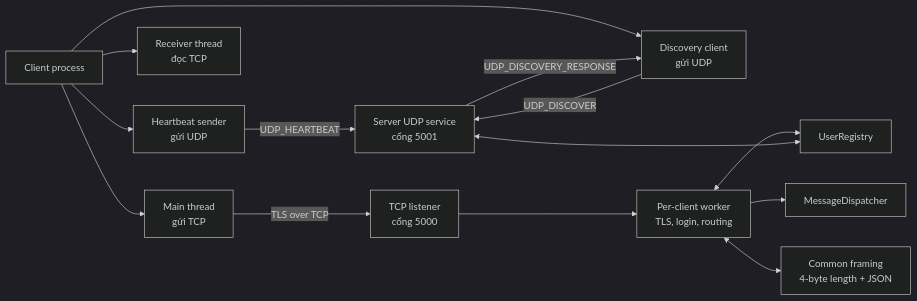
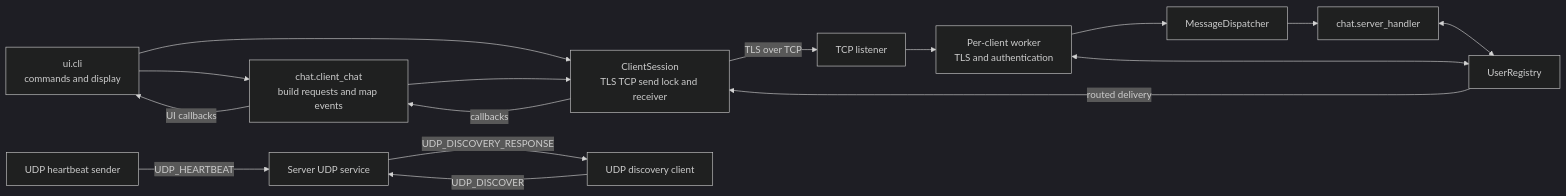
One commit to wiliamvux2102/Distributed-Client-Server-Collaboration-Application changed the first of 3 diagrams in docs/architecture.md. Above: the diagram before and after it, drawn with Mermaid (dark theme). The commit also changed other lines of this file and 4 other files, not shown here.

Commit message:
docs: document chat flow and smoke test

````diff
--- a/docs/architecture.md
+++ b/docs/architecture.md
@@ -21,29 +22,30 @@
 ```mermaid
 flowchart LR
-    C[Client process]
-    M[Main thread<br/>gửi TCP]
-    RCV[Receiver thread<br/>đọc TCP]
-    HB[Heartbeat sender<br/>gửi UDP]
-    DISC[Discovery client<br/>gửi UDP]
+    UI[ui.cli<br/>commands and display]
+    CHATC[chat.client_chat<br/>build requests and map events]
+    SESSION[ClientSession<br/>TLS TCP send lock and receiver]
+    HB[UDP heartbeat sender]
+    DISC[UDP discovery client]
+    UDP[Server UDP service]
+    TCP[TCP listener]
+    WORK[Per-client worker<br/>TLS and authentication]
+    DISP[MessageDispatcher]
+    CHAT[chat.server_handler]
+    REG[UserRegistry]
 
-    UDP[Server UDP service<br/>cổng 5001]
-    TCP[TCP listener<br/>cổng 5000]
-    W[Per-client worker<br/>TLS, login, routing]
-    REG[UserRegistry]
-    DISP[MessageDispatcher]
-    FRAME[Common framing<br/>4-byte length + JSON]
-
-    C --> M
-    C --> RCV
-    C --> HB
-    C --> DISC
+    UI --> CHATC
+    UI --> SESSION
+    CHATC --> SESSION
     DISC -- UDP_DISCOVER --> UDP
     UDP -- UDP_DISCOVERY_RESPONSE --> DISC
     HB -- UDP_HEARTBEAT --> UDP
-    M -- TLS over TCP --> TCP
-    TCP --> W
-    W <--> REG
-    W --> DISP
-    W <--> FRAME
-    UDP <--> REG
+    SESSION -- TLS over TCP --> TCP
+    TCP --> WORK
+    WORK --> DISP
+    DISP --> CHAT
+    CHAT <--> REG
+    WORK <--> REG
+    REG -- routed delivery --> SESSION
+    SESSION -- callbacks --> CHATC
+    CHATC -- UI callbacks --> UI
 ```
````
